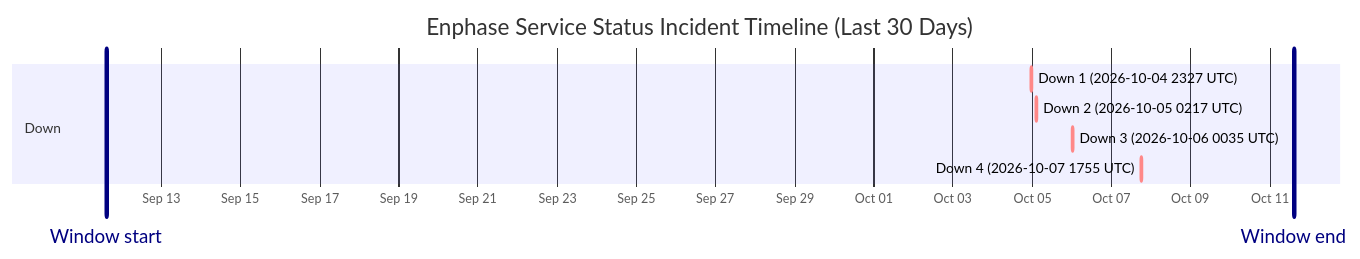
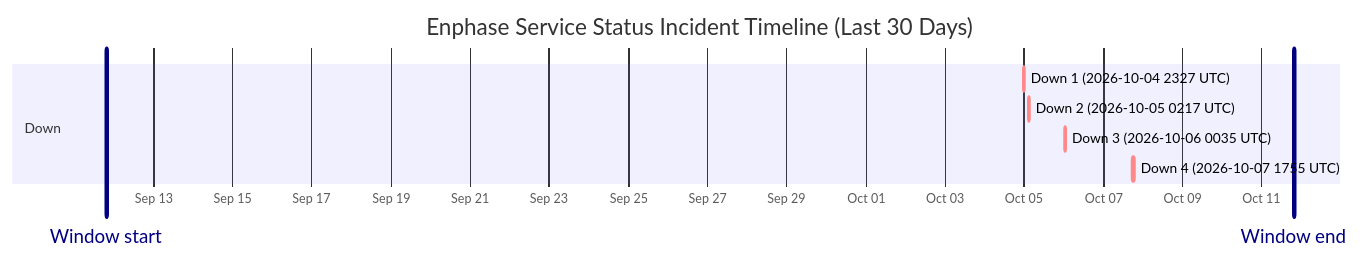
One commit to barneyonline/ha-enphase-energy changed the diagram in wiki/Service-Status-History.md. Above: the diagram before and after it, drawn with Mermaid. The commit also changed other lines of this file and 3 other files, not shown here.

````diff
--- a/wiki/Service-Status-History.md
+++ b/wiki/Service-Status-History.md
@@ -14,13 +14,13 @@
 ```mermaid
 gantt
     title Enphase Service Status Incident Timeline (Last 30 Days)
     dateFormat  YYYY-MM-DDTHH:mm:ss
     axisFormat  %b %d
-    Window start :vert, window-start, 2026-09-11T14:38:58, 0ms
-    Window end :vert, window-end, 2026-10-11T14:38:58, 0ms
+    Window start :vert, window-start, 2026-09-11T19:20:06, 0ms
+    Window end :vert, window-end, 2026-10-11T19:20:06, 0ms
     section Down
     Down 1 (2026-10-04 2327 UTC) :crit, down-1, 2026-10-04T23:27:34, 60m
     Down 2 (2026-10-05 0217 UTC) :crit, down-2, 2026-10-05T02:17:30, 60m
     Down 3 (2026-10-06 0035 UTC) :crit, down-3, 2026-10-06T00:35:21, 60m
     Down 4 (2026-10-07 1755 UTC) :crit, down-4, 2026-10-07T17:55:16, 60m
 ```
````
